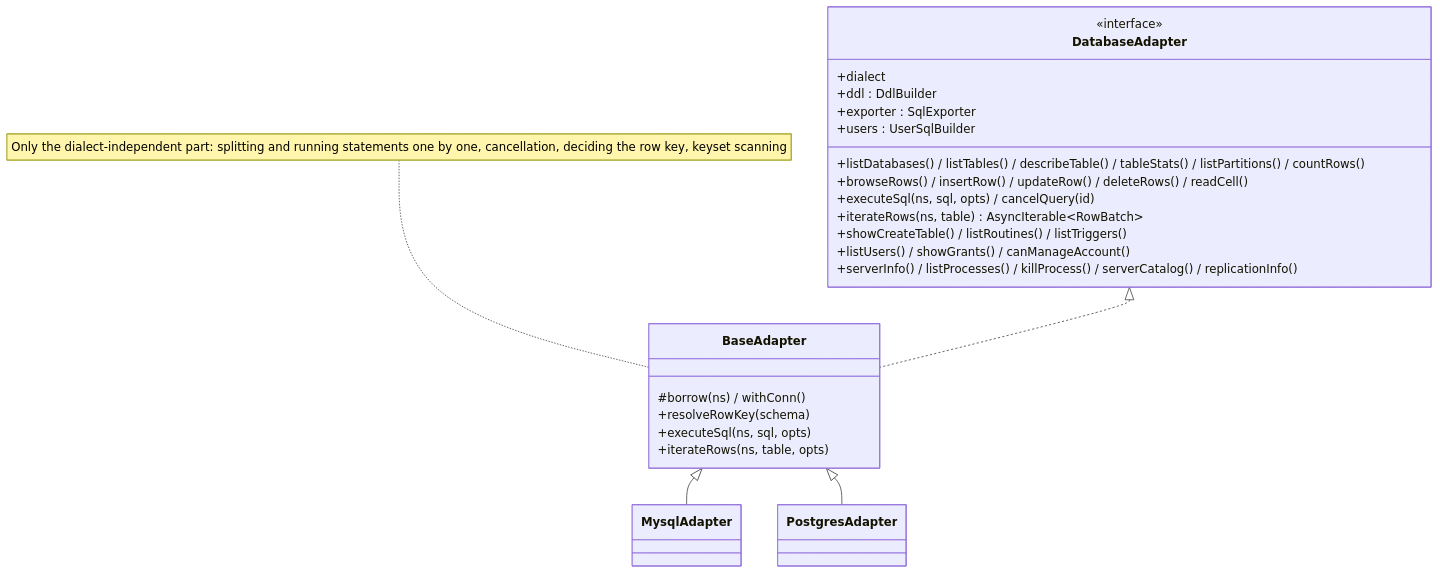
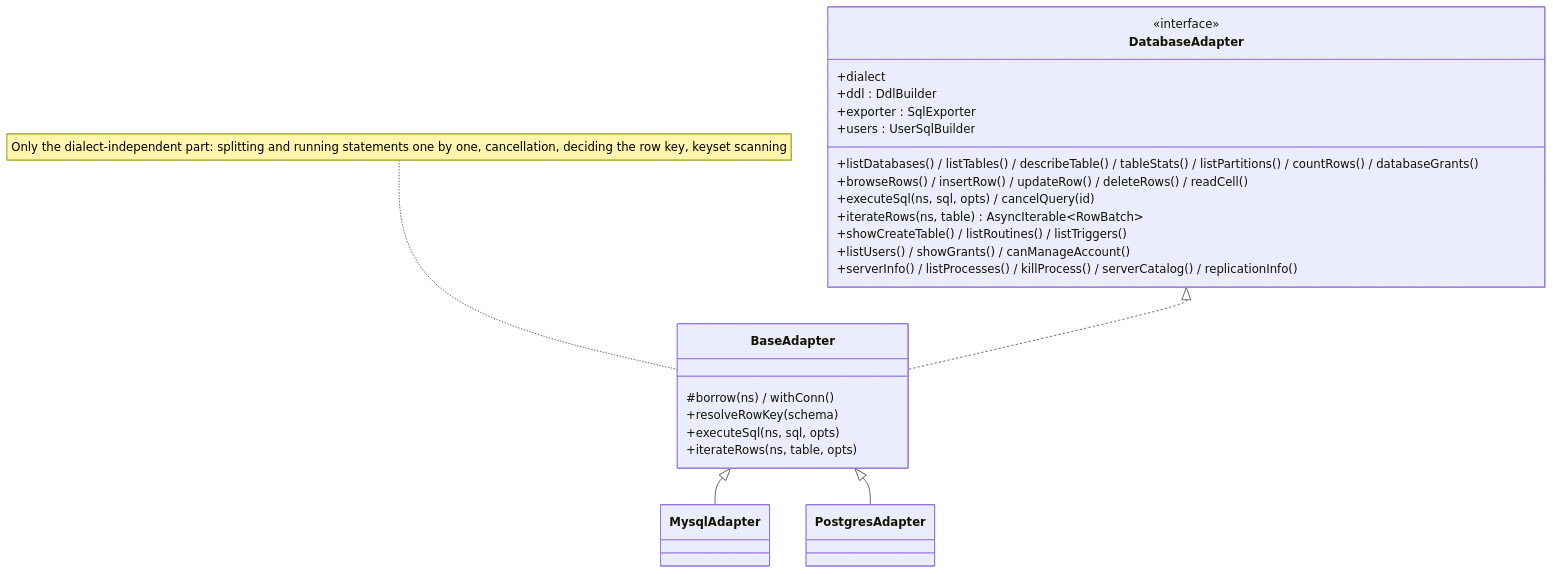
The third of 11 diagrams in docs/en/architecture.md (ip-san/tsmyadmin), drawn with Mermaid before and after one commit. The commit also changed other lines of this file and 30 other files, not shown here.

````diff
--- a/docs/en/architecture.md
+++ b/docs/en/architecture.md
@@ -74,29 +74,29 @@
 ```mermaid
 classDiagram
   class DatabaseAdapter {
     <<interface>>
     +dialect
-    +listDatabases() / listTables() / describeTable() / tableStats() / listPartitions() / countRows()
+    +listDatabases() / listTables() / describeTable() / tableStats() / listPartitions() / countRows() / databaseGrants()
     +browseRows() / insertRow() / updateRow() / deleteRows() / readCell()
     +executeSql(ns, sql, opts) / cancelQuery(id)
     +iterateRows(ns, table) AsyncIterable~RowBatch~
     +showCreateTable() / listRoutines() / listTriggers()
     +listUsers() / showGrants() / canManageAccount()
     +serverInfo() / listProcesses() / killProcess() / serverCatalog() / replicationInfo()
     +ddl : DdlBuilder
     +exporter : SqlExporter
     +users : UserSqlBuilder
   }
   class BaseAdapter {
     #borrow(ns) / withConn()
     +resolveRowKey(schema)
     +executeSql(ns, sql, opts)
     +iterateRows(ns, table, opts)
   }
   note for BaseAdapter "Only the dialect-independent part: splitting and running statements one by one, cancellation, deciding the row key, keyset scanning"
   class MysqlAdapter
   class PostgresAdapter
   DatabaseAdapter <|.. BaseAdapter
   BaseAdapter <|-- MysqlAdapter
   BaseAdapter <|-- PostgresAdapter
 ```
````
